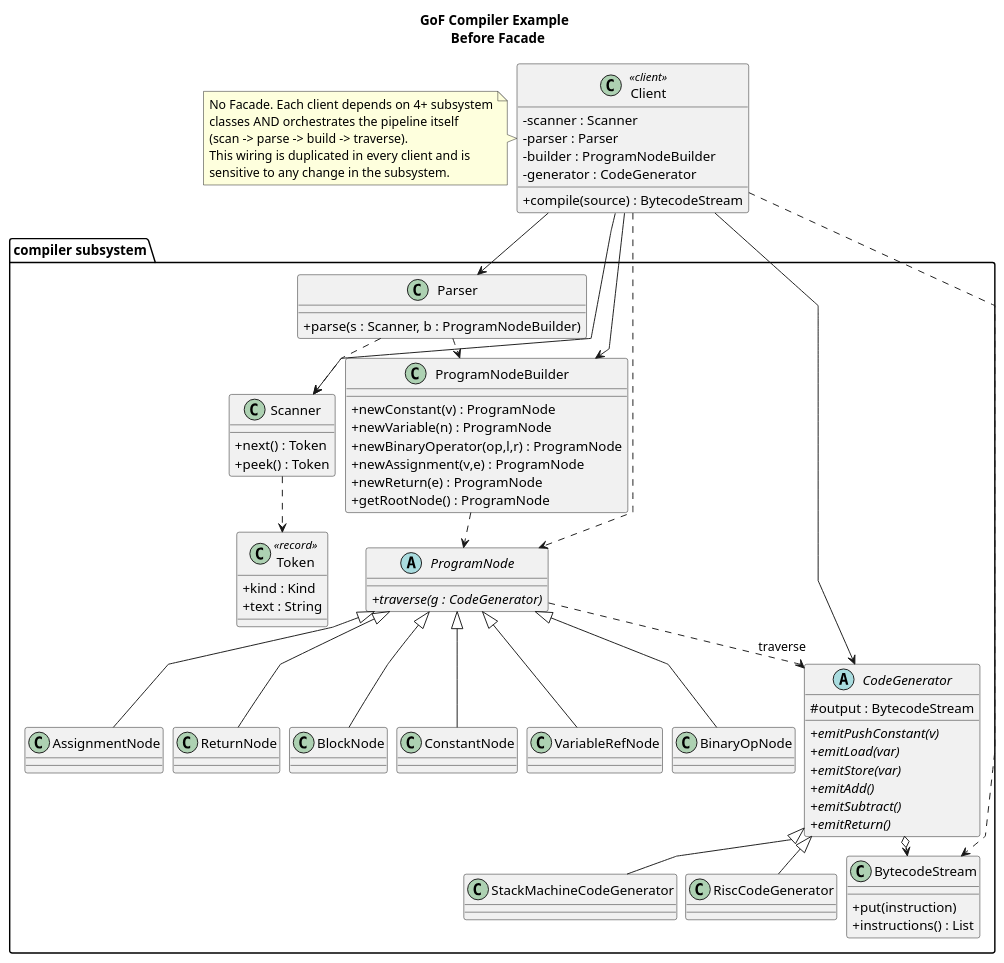
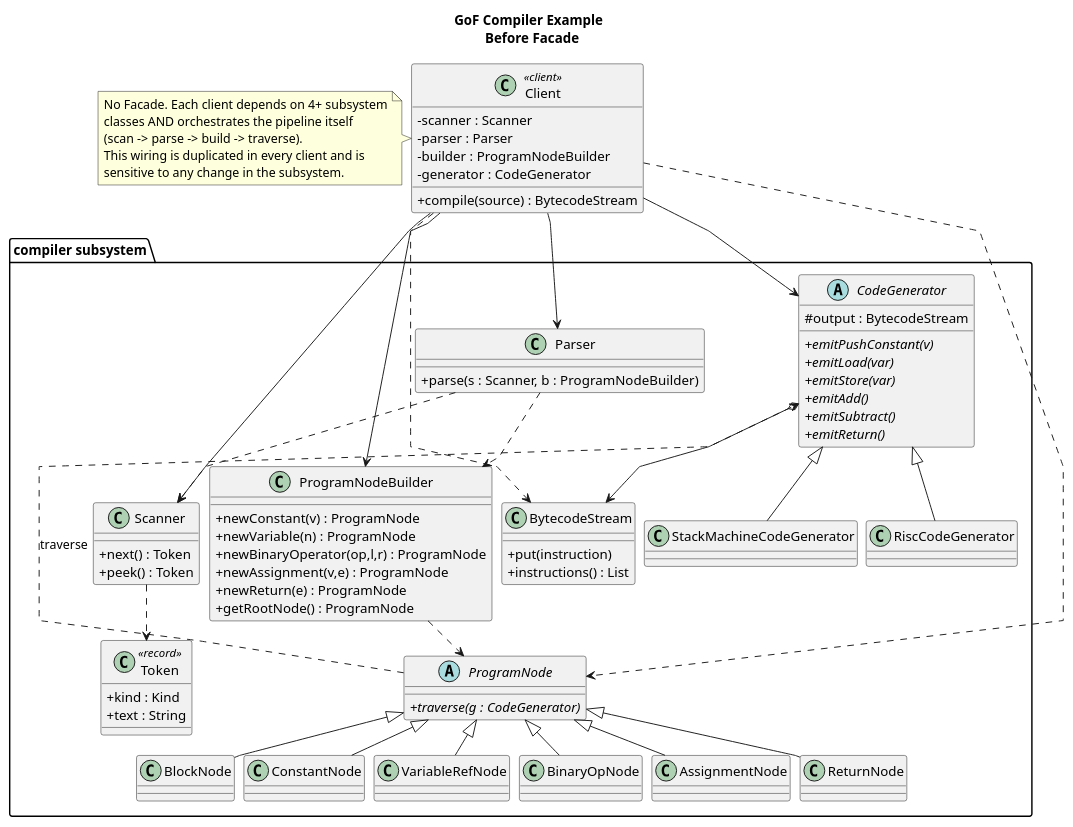
Before and after one commit to kaldiroglu/DesignPatternsWithJava: the diagram in src/main/java/dev/kaldiroglu/dp/structural/facade/gof/Problem.puml, drawn with PlantUML. The commit also changed 54 other files, not shown here.

Commit message:
Diagrams: the last is-a families follow the layout rule; redrawn PNGs have a white background

```diff
--- a/src/main/java/dev/kaldiroglu/dp/structural/facade/gof/Problem.puml
+++ b/src/main/java/dev/kaldiroglu/dp/structural/facade/gof/Problem.puml
@@ -1,102 +1,110 @@
 @startuml Facade-Compiler-Before
+skinparam class {
+  BackgroundColor<<spacer>> transparent
+  BorderColor<<spacer>> transparent
+  FontColor<<spacer>> transparent
+}
+hide <<spacer>> stereotype
+hide <<spacer>> circle
 skinparam classAttributeIconSize 0
 skinparam nodesep 10
 skinparam ranksep 20
 skinparam linetype polyline
 
 title GoF Compiler Example \n Before Facade
 
 class Client <<client>> {
   - scanner : Scanner
   - parser : Parser
   - builder : ProgramNodeBuilder
   - generator : CodeGenerator
   + compile(source) : BytecodeStream
 }
 note left of Client
   No Facade. Each client depends on 4+ subsystem
   classes AND orchestrates the pipeline itself
   (scan -> parse -> build -> traverse).
   This wiring is duplicated in every client and is
   sensitive to any change in the subsystem.
 end note
 
 package "compiler subsystem" {
 
   class Scanner {
     + next() : Token
     + peek() : Token
   }
   class Token <<record>> {
     + kind : Kind
     + text : String
   }
   class Parser {
     + parse(s : Scanner, b : ProgramNodeBuilder)
   }
   class ProgramNodeBuilder {
     + newConstant(v) : ProgramNode
     + newVariable(n) : ProgramNode
     + newBinaryOperator(op,l,r) : ProgramNode
     + newAssignment(v,e) : ProgramNode
     + newReturn(e) : ProgramNode
     + getRootNode() : ProgramNode
   }
 
   abstract class ProgramNode {
     + {abstract} traverse(g : CodeGenerator)
   }
   class BlockNode
   class ConstantNode
   class VariableRefNode
   class BinaryOpNode
   class AssignmentNode
   class ReturnNode
 
   abstract class CodeGenerator {
     # output : BytecodeStream
     + {abstract} emitPushConstant(v)
     + {abstract} emitLoad(var)
     + {abstract} emitStore(var)
     + {abstract} emitAdd()
     + {abstract} emitSubtract()
     + {abstract} emitReturn()
   }
   class StackMachineCodeGenerator
   class RiscCodeGenerator
 
   class BytecodeStream {
     + put(instruction)
     + instructions() : List
   }
 
   ProgramNode <|-- BlockNode
   ProgramNode <|-- ConstantNode
   ProgramNode <|-- VariableRefNode
   ProgramNode <|-- BinaryOpNode
   ProgramNode <|-- AssignmentNode
   ProgramNode <|-- ReturnNode
   CodeGenerator <|-- StackMachineCodeGenerator
   CodeGenerator <|-- RiscCodeGenerator
 }
 
 ' The client is coupled DIRECTLY to many subsystem classes (contrast the "after"
 ' diagram, where it depends only on the Compiler facade).
 
   Scanner ..> Token
   Parser ..> Scanner
   Parser ..> ProgramNodeBuilder
   ProgramNodeBuilder ..> ProgramNode
   CodeGenerator o--> BytecodeStream
-  ProgramNode ..> CodeGenerator : traverse
+  ProgramNode .[norank].> CodeGenerator : traverse
 Client --> Scanner
 Client --> Parser
-Client --> ProgramNodeBuilder
+Client -[norank]-> ProgramNodeBuilder
 Client --> CodeGenerator
 Client ..> BytecodeStream
 Client ..> ProgramNode
-ProgramNode -[hidden]- BlockNode
-ProgramNode -[hidden]- ReturnNode
-CodeGenerator -[hidden]- StackMachineCodeGenerator
-CodeGenerator -[hidden]- RiscCodeGenerator
+class " " as Spacer1 <<spacer>>
+CodeGenerator -[hidden]- Spacer1
+CodeGenerator -[hidden]- Spacer1
+StackMachineCodeGenerator -[hidden]right- Spacer1
+Spacer1 -[hidden]right- RiscCodeGenerator
 @enduml
```
